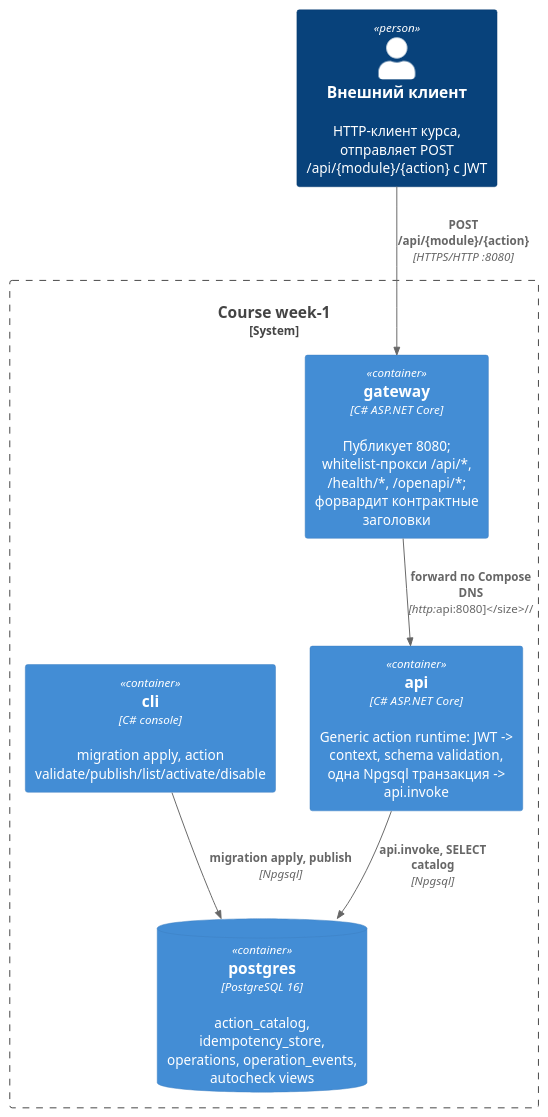
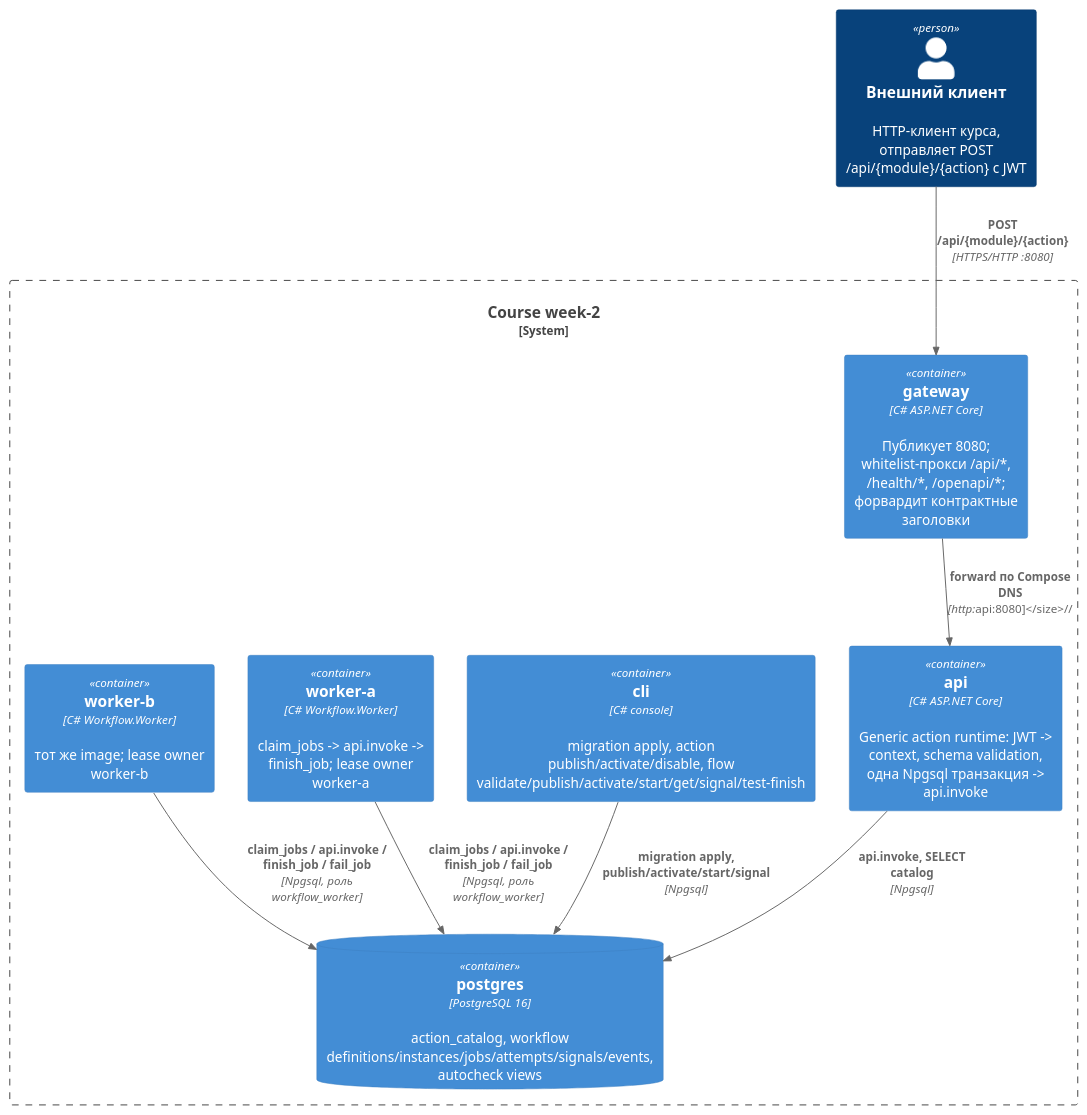
The diagram in docs/c4.puml (dragonnest123/DbFirstPractice), drawn with PlantUML before and after one commit. The commit also changed 100 other files, not shown here.

Commit message:
Week 2: persistent workflow core - generic C# worker, versioned maps, lease/fencing, flow CLI, migrations 009-013, autocheck views, integration tests

```diff
--- a/docs/c4.puml
+++ b/docs/c4.puml
@@ -1,18 +1,22 @@
 @startuml c4
 !include https://raw.githubusercontent.com/plantuml-stdlib/C4-PlantUML/master/C4_Container.puml
 
 Person(client, "Внешний клиент", "HTTP-клиент курса, отправляет POST /api/{module}/{action} с JWT")
 
-System_Boundary(course, "Course week-1") {
+System_Boundary(course, "Course week-2") {
     Container(gateway, "gateway", "C# ASP.NET Core", "Публикует 8080; whitelist-прокси /api/*, /health/*, /openapi/*; форвардит контрактные заголовки")
     Container(api, "api", "C# ASP.NET Core", "Generic action runtime: JWT -> context, schema validation, одна Npgsql транзакция -> api.invoke")
-    Container(cli, "cli", "C# console", "migration apply, action validate/publish/list/activate/disable")
-    ContainerDb(postgres, "postgres", "PostgreSQL 16", "action_catalog, idempotency_store, operations, operation_events, autocheck views")
+    Container(cli, "cli", "C# console", "migration apply, action publish/activate/disable, flow validate/publish/activate/start/get/signal/test-finish")
+    Container(workerA, "worker-a", "C# Workflow.Worker", "claim_jobs -> api.invoke -> finish_job; lease owner worker-a")
+    Container(workerB, "worker-b", "C# Workflow.Worker", "тот же image; lease owner worker-b")
+    ContainerDb(postgres, "postgres", "PostgreSQL 16", "action_catalog, workflow definitions/instances/jobs/attempts/signals/events, autocheck views")
 }
 
 Rel(client, gateway, "POST /api/{module}/{action}", "HTTPS/HTTP :8080")
 Rel(gateway, api, "forward по Compose DNS", "http://api:8080")
 Rel(api, postgres, "api.invoke, SELECT catalog", "Npgsql")
-Rel(cli, postgres, "migration apply, publish", "Npgsql")
+Rel(cli, postgres, "migration apply, publish/activate/start/signal", "Npgsql")
+Rel(workerA, postgres, "claim_jobs / api.invoke / finish_job / fail_job", "Npgsql, роль workflow_worker")
+Rel(workerB, postgres, "claim_jobs / api.invoke / finish_job / fail_job", "Npgsql, роль workflow_worker")
 
 @enduml
```
